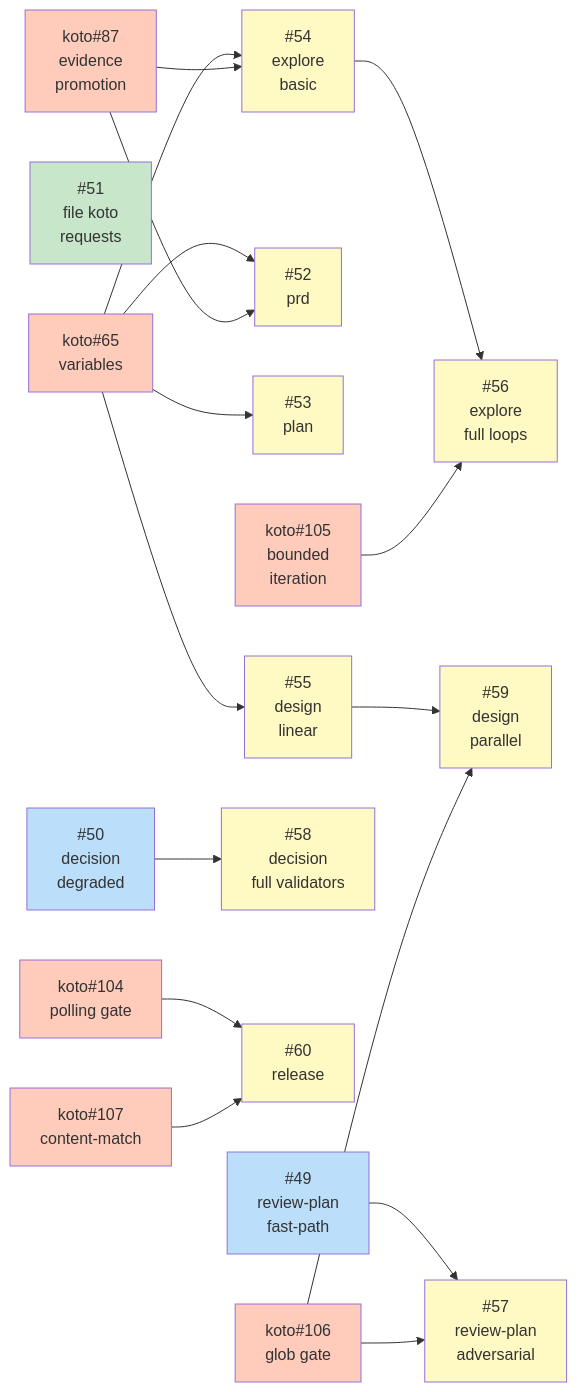
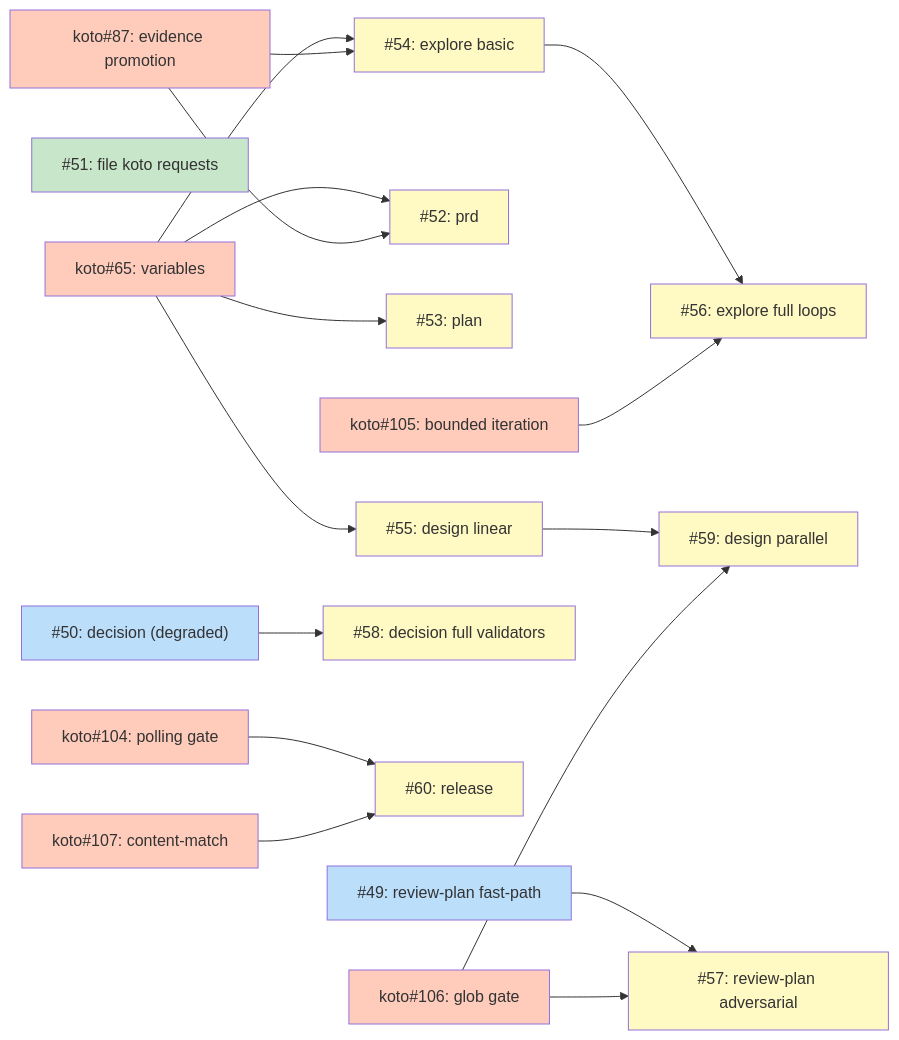
One commit to tsukumogami/shirabe changed the diagram in docs/roadmaps/ROADMAP-koto-adoption.md. Above: the diagram before and after it, drawn with Mermaid. The commit also changed other lines of this file and 1 other file, not shown here.

````diff
--- a/docs/roadmaps/ROADMAP-koto-adoption.md
+++ b/docs/roadmaps/ROADMAP-koto-adoption.md
@@ -165,49 +180,49 @@
 ```mermaid
 graph LR
-    I49["#49<br/>review-plan<br/>fast-path"]
-    I50["#50<br/>decision<br/>degraded"]
-    I51["#51<br/>file koto<br/>requests"]
-    I52["#52<br/>prd"]
-    I53["#53<br/>plan"]
-    I54["#54<br/>explore<br/>basic"]
-    I55["#55<br/>design<br/>linear"]
-    I56["#56<br/>explore<br/>full loops"]
-    I57["#57<br/>review-plan<br/>adversarial"]
-    I58["#58<br/>decision<br/>full validators"]
-    I59["#59<br/>design<br/>parallel"]
-    I60["#60<br/>release"]
+    I49["#49: review-plan fast-path"]
+    I50["#50: decision (degraded)"]
+    I51["#51: file koto requests"]
+    I52["#52: prd"]
+    I53["#53: plan"]
+    I54["#54: explore basic"]
+    I55["#55: design linear"]
+    I56["#56: explore full loops"]
+    I57["#57: review-plan adversarial"]
+    I58["#58: decision full validators"]
+    I59["#59: design parallel"]
+    I60["#60: release"]
 
-    K65["koto#65<br/>variables"]
-    K87["koto#87<br/>evidence<br/>promotion"]
-    K104["koto#104<br/>polling gate"]
-    K105["koto#105<br/>bounded<br/>iteration"]
-    K106["koto#106<br/>glob gate"]
-    K107["koto#107<br/>content-match"]
+    K65["koto#65: variables"]
+    K87["koto#87: evidence promotion"]
+    K104["koto#104: polling gate"]
+    K105["koto#105: bounded iteration"]
+    K106["koto#106: glob gate"]
+    K107["koto#107: content-match"]
 
     I49 --> I57
     I50 --> I58
     I54 --> I56
     I55 --> I59
 
     K65 --> I52
     K65 --> I53
     K65 --> I54
     K65 --> I55
     K87 --> I52
     K87 --> I54
     K104 --> I60
     K105 --> I56
     K106 --> I57
     K106 --> I59
     K107 --> I60
 
     classDef done fill:#c8e6c9
     classDef ready fill:#bbdefb
     classDef blocked fill:#fff9c4
     classDef koto fill:#ffccbc
 
     class I51 done
     class I49,I50 ready
     class I52,I53,I54,I55,I56,I57,I58,I59,I60 blocked
     class K65,K87,K104,K105,K106,K107 koto
 ```
````
